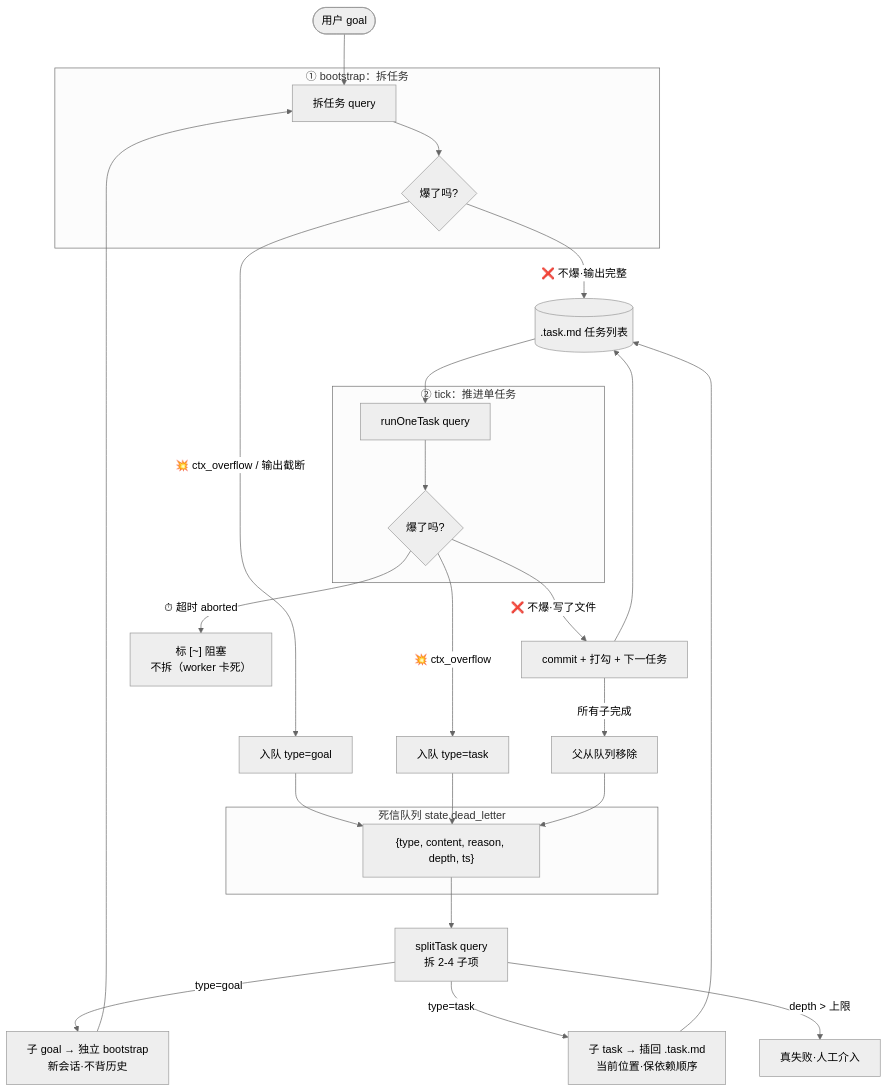
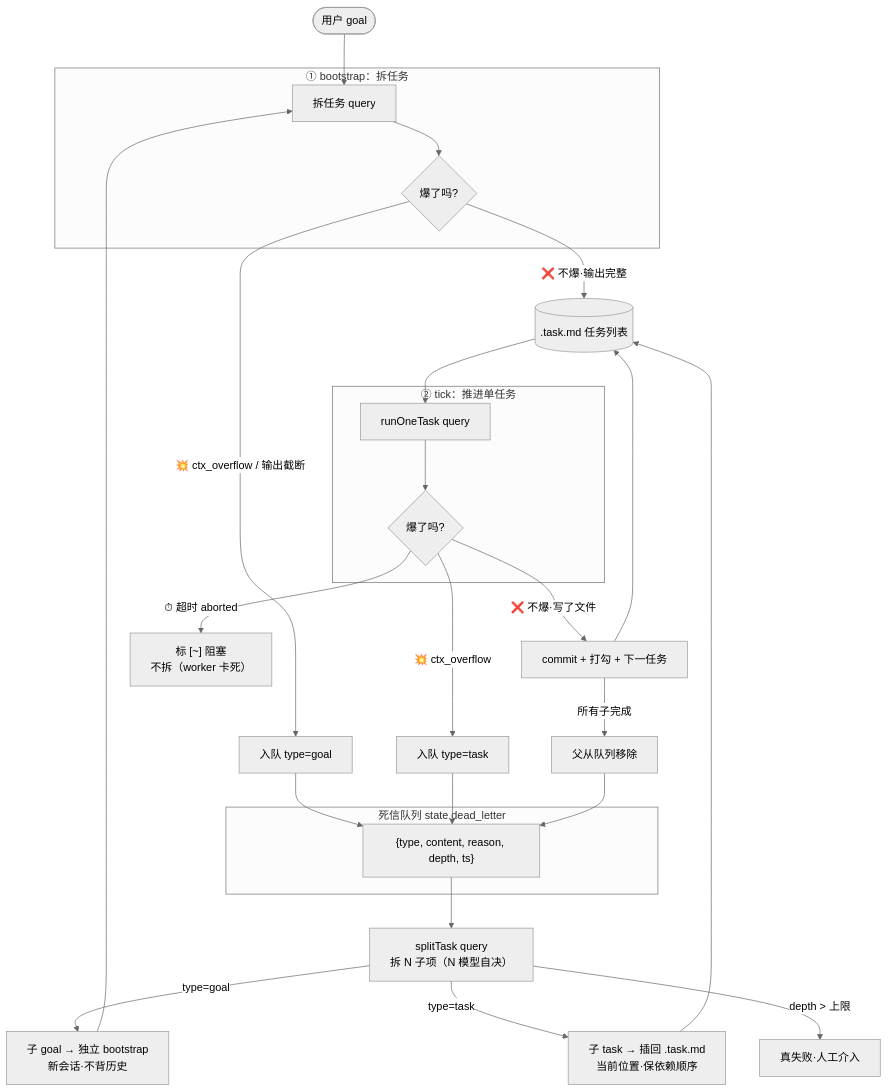
Before and after one commit to free-wyq/swallow: the diagram in docs/dead-letter-design.md, drawn with Mermaid (neutral theme). The commit also changed other lines of this file, not shown here.

````diff
--- a/docs/dead-letter-design.md
+++ b/docs/dead-letter-design.md
@@ -28,45 +28,45 @@
 ```mermaid
 flowchart TB
     Start([用户 goal]) --> Bootstrap
 
     subgraph BS["① bootstrap：拆任务"]
         Bootstrap["拆任务 query"]
         Check1{"爆了吗?"}
         Bootstrap --> Check1
     end
 
     Check1 -->|"❌ 不爆·输出完整"| TaskFile[(".task.md 任务列表")]
 
     subgraph TK["② tick：推进单任务"]
         RunTask["runOneTask query"]
         Check2{"爆了吗?"}
         RunTask --> Check2
     end
 
     TaskFile --> RunTask
     Check2 -->|"❌ 不爆·写了文件"| Commit["commit + 打勾 + 下一任务"]
     Commit --> TaskFile
 
     subgraph DLQ["死信队列 state.dead_letter"]
         Item["{type, content, reason, depth, ts}"]
     end
 
     Check1 -->|"💥 ctx_overflow / 输出截断"| EnG["入队 type=goal"]
     Check2 -->|"💥 ctx_overflow"| EnT["入队 type=task"]
     Check2 -->|"⏱ 超时 aborted"| Block["标 [~] 阻塞<br/>不拆（worker 卡死）"]
 
     EnG --> Item
     EnT --> Item
 
-    Item --> Split["splitTask query<br/>拆 2-4 子项"]
+    Item --> Split["splitTask query<br/>拆 N 子项（N 模型自决）"]
 
     Split -->|"type=goal"| SubG["子 goal → 独立 bootstrap<br/>新会话·不背历史"]
     Split -->|"type=task"| SubT["子 task → 插回 .task.md<br/>当前位置·保依赖顺序"]
 
     SubG --> Bootstrap
     SubT --> TaskFile
 
     Split -->|"depth > 上限"| Fail["真失败·人工介入"]
     Commit -->|"所有子完成"| Remove["父从队列移除"]
     Remove --> Item
 ```
````
